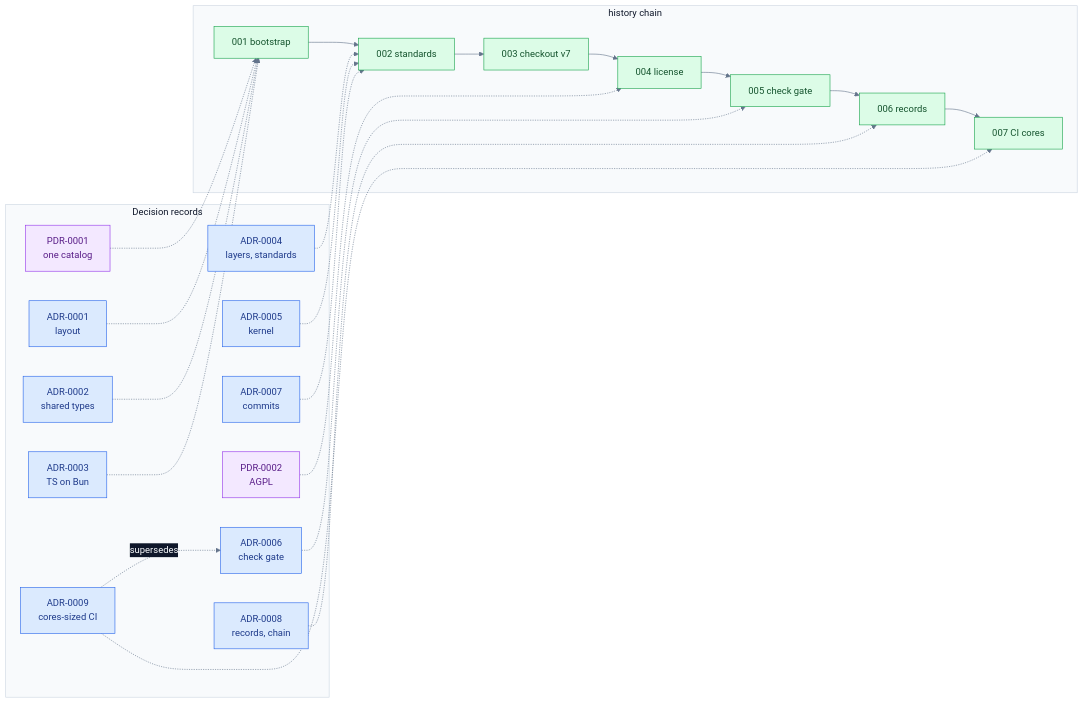
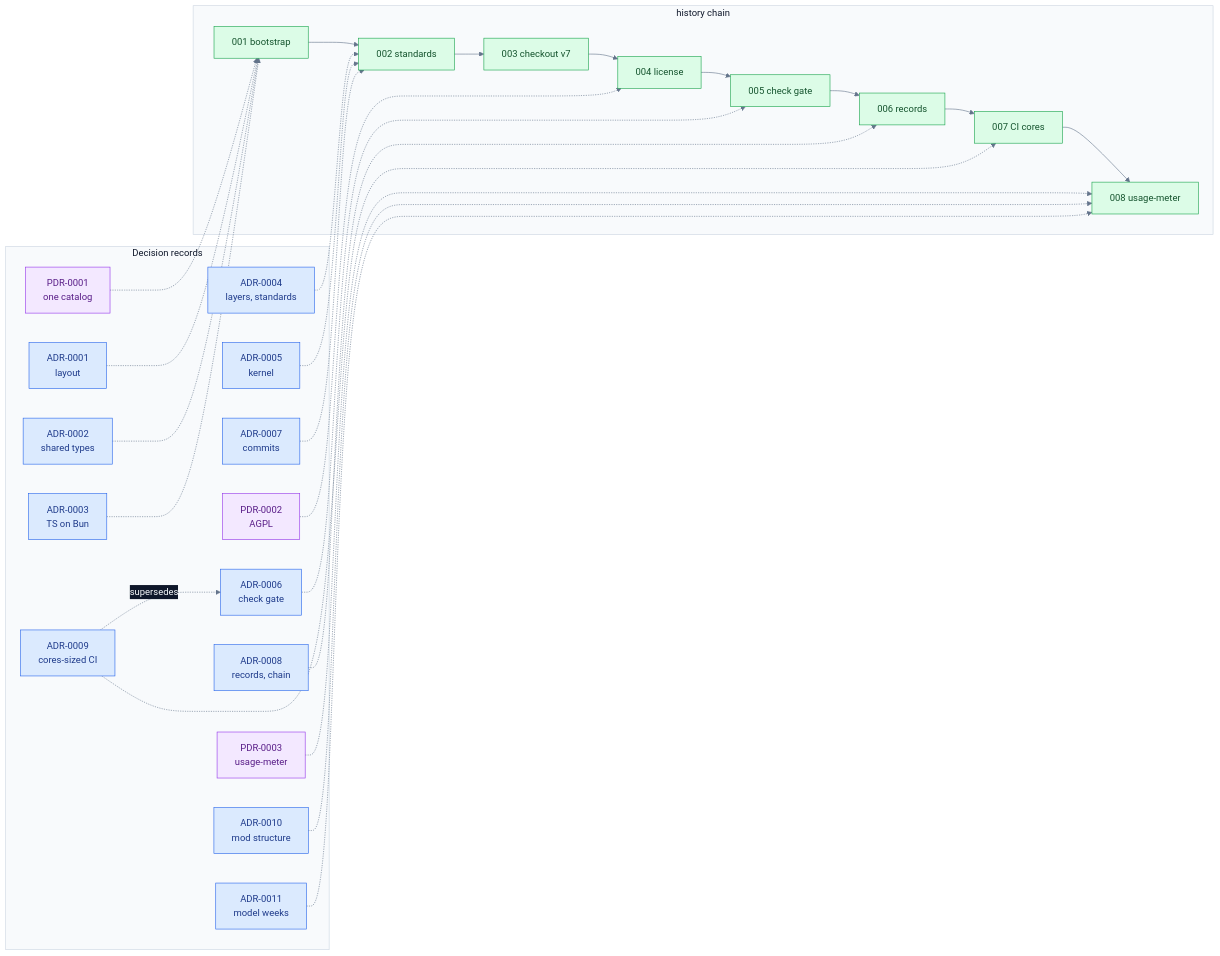
One commit to arafathusayn/cc-mods changed the diagram in kb/INDEX.md. Above: the diagram before and after it, drawn with Mermaid. The commit also changed other lines of this file and 8 other files, not shown here.

First line of the commit message:
docs: record usage-meter and the mod structure

````diff
--- a/kb/INDEX.md
+++ b/kb/INDEX.md
@@ -23,41 +24,48 @@
 ```mermaid
 %%{init: {"theme":"base","themeVariables":{"fontFamily":"Inter, ui-sans-serif, system-ui, sans-serif","lineColor":"#64748b","edgeLabelBackground":"#0f172a","clusterBkg":"#f8fafc","clusterBorder":"#cbd5e1","titleColor":"#0f172a"}}}%%
 flowchart LR
   subgraph records ["Decision records"]
     P1["PDR-0001<br>one catalog"]:::purple
     A1["ADR-0001<br>layout"]:::blue
     A2["ADR-0002<br>shared types"]:::blue
     A3["ADR-0003<br>TS on Bun"]:::blue
     A4["ADR-0004<br>layers, standards"]:::blue
     A5["ADR-0005<br>kernel"]:::blue
     A7["ADR-0007<br>commits"]:::blue
     P2["PDR-0002<br>AGPL"]:::purple
     A6["ADR-0006<br>check gate"]:::blue
     A8["ADR-0008<br>records, chain"]:::blue
     A9["ADR-0009<br>cores-sized CI"]:::blue
+    P3["PDR-0003<br>usage-meter"]:::purple
+    A10["ADR-0010<br>mod structure"]:::blue
+    A11["ADR-0011<br>model weeks"]:::blue
   end
   subgraph history ["history chain"]
     H1["001 bootstrap"]:::green --> H2["002 standards"]:::green
     H2 --> H3["003 checkout v7"]:::green
     H3 --> H4["004 license"]:::green
     H4 --> H5["005 check gate"]:::green
     H5 --> H6["006 records"]:::green
     H6 --> H7["007 CI cores"]:::green
+    H7 --> H8["008 usage-meter"]:::green
   end
   P1 -.-> H1
   A1 -.-> H1
   A2 -.-> H1
   A3 -.-> H1
   A4 -.-> H2
   A5 -.-> H2
   A7 -.-> H2
   P2 -.-> H4
   A6 -.-> H5
   A8 -.-> H6
   A9 -.-> H7
   A9 -.->|"supersedes"| A6
+  P3 -.-> H8
+  A10 -.-> H8
+  A11 -.-> H8
   classDef green fill:#dcfce7,stroke:#16a34a,color:#14532d
   classDef blue fill:#dbeafe,stroke:#2563eb,color:#1e3a8a
   classDef purple fill:#f3e8ff,stroke:#9333ea,color:#581c87
   linkStyle default stroke:#64748b,color:#f8fafc
 ```
````
